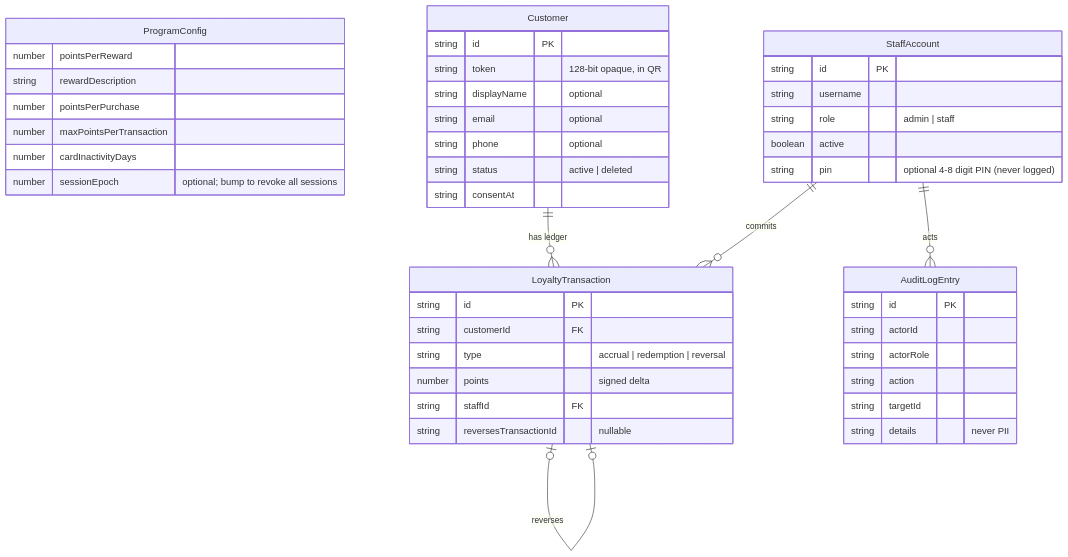
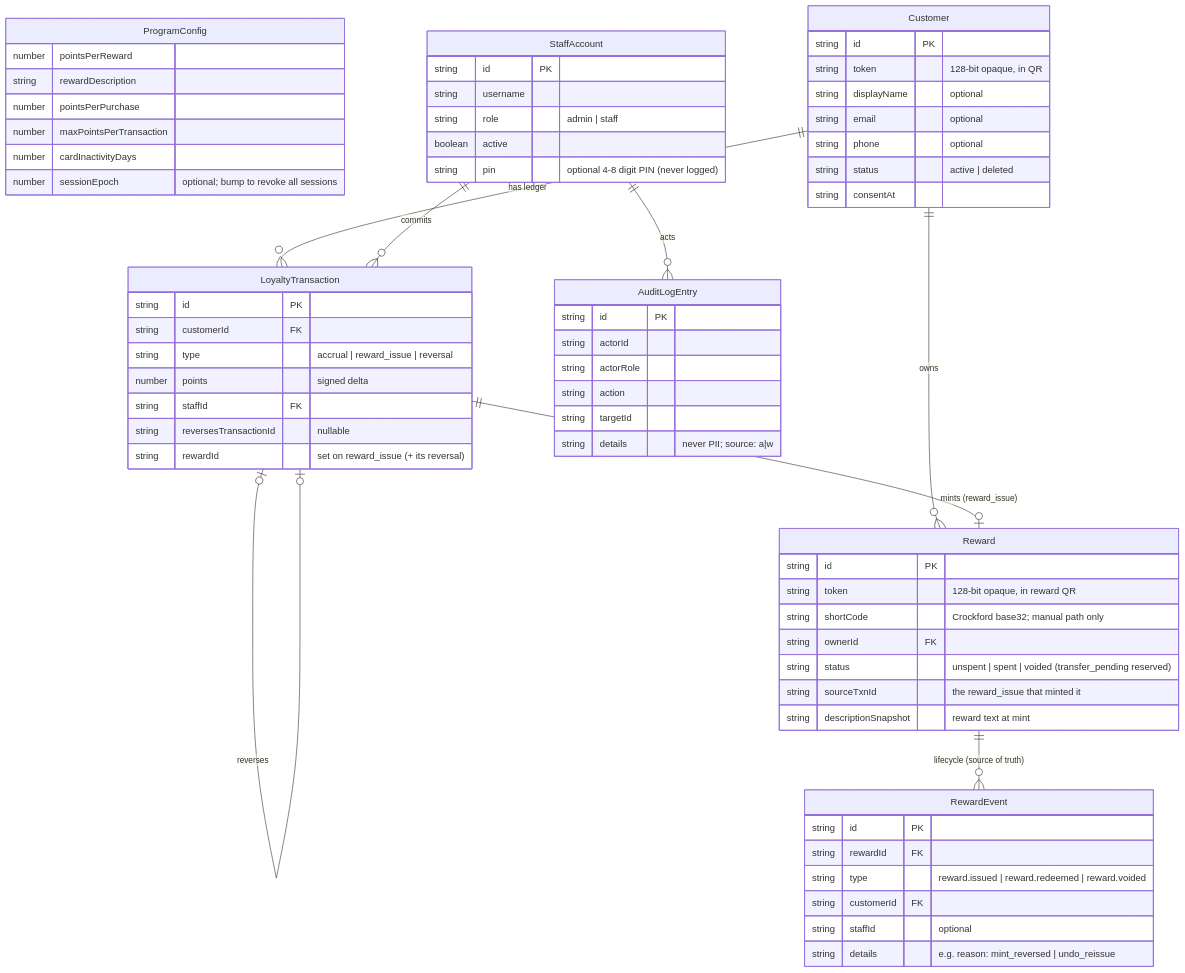
The fifth of 6 diagrams in README.md (misch0n/loyalty-system), drawn with Mermaid before and after one commit. The commit also changed other lines of this file and 2 other files, not shown here.

First line of the commit message:
Rewards-as-objects Phase 8: docs (acceptance rows + formats/undo + README model)

````diff
--- a/README.md
+++ b/README.md
@@ -228,48 +243,69 @@
 ```mermaid
 erDiagram
     ProgramConfig {
         number pointsPerReward
         string rewardDescription
         number pointsPerPurchase
         number maxPointsPerTransaction
         number cardInactivityDays
         number sessionEpoch "optional; bump to revoke all sessions"
     }
     StaffAccount {
         string id PK
         string username
         string role "admin | staff"
         boolean active
         string pin "optional 4-8 digit PIN (never logged)"
     }
     Customer {
         string id PK
         string token "128-bit opaque, in QR"
         string displayName "optional"
         string email "optional"
         string phone "optional"
         string status "active | deleted"
         string consentAt
     }
     LoyaltyTransaction {
         string id PK
         string customerId FK
-        string type "accrual | redemption | reversal"
+        string type "accrual | reward_issue | reversal"
         number points "signed delta"
         string staffId FK
         string reversesTransactionId "nullable"
+        string rewardId "set on reward_issue (+ its reversal)"
+    }
+    Reward {
+        string id PK
+        string token "128-bit opaque, in reward QR"
+        string shortCode "Crockford base32; manual path only"
+        string ownerId FK
+        string status "unspent | spent | voided (transfer_pending reserved)"
+        string sourceTxnId "the reward_issue that minted it"
+        string descriptionSnapshot "reward text at mint"
+    }
+    RewardEvent {
+        string id PK
+        string rewardId FK
+        string type "reward.issued | reward.redeemed | reward.voided"
+        string customerId FK
+        string staffId "optional"
+        string details "e.g. reason: mint_reversed | undo_reissue"
     }
     AuditLogEntry {
         string id PK
         string actorId
         string actorRole
         string action
         string targetId
-        string details "never PII"
+        string details "never PII; source: a|w"
     }
 
     Customer ||--o{ LoyaltyTransaction : "has ledger"
     StaffAccount ||--o{ LoyaltyTransaction : "commits"
     LoyaltyTransaction |o--o| LoyaltyTransaction : "reverses"
+    Customer ||--o{ Reward : "owns"
+    LoyaltyTransaction ||--o| Reward : "mints (reward_issue)"
+    Reward ||--o{ RewardEvent : "lifecycle (source of truth)"
     StaffAccount ||--o{ AuditLogEntry : "acts"
 ```
````
